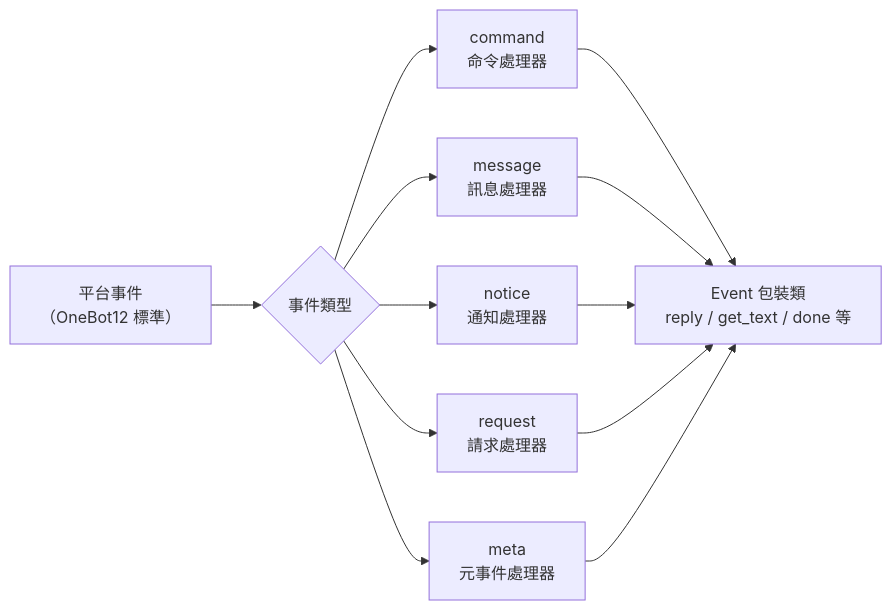
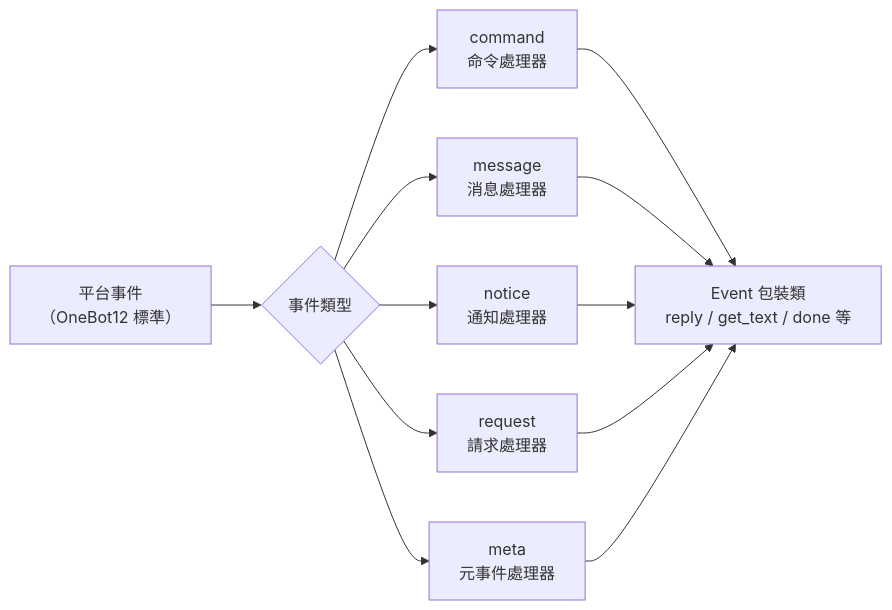
The diagram in docs/zh-TW/api-reference/event-system.md (ErisPulse/ErisPulse), drawn with Mermaid before and after one commit. The commit also changed other lines of this file and 23 other files, not shown here.

````diff
--- a/docs/zh-TW/api-reference/event-system.md
+++ b/docs/zh-TW/api-reference/event-system.md
@@ -7,10 +7,10 @@
 ```mermaid
 flowchart LR
     A["平台事件<br/>（OneBot12 標準）"] --> B{"事件類型"}
     B --> C["command<br/>命令處理器"]
-    B --> D["message<br/>訊息處理器"]
+    B --> D["message<br/>消息處理器"]
     B --> E["notice<br/>通知處理器"]
     B --> F["request<br/>請求處理器"]
     B --> G["meta<br/>元事件處理器"]
     C & D & E & F & G --> H["Event 包裝類<br/>reply / get_text / done 等"]
 ```
````
